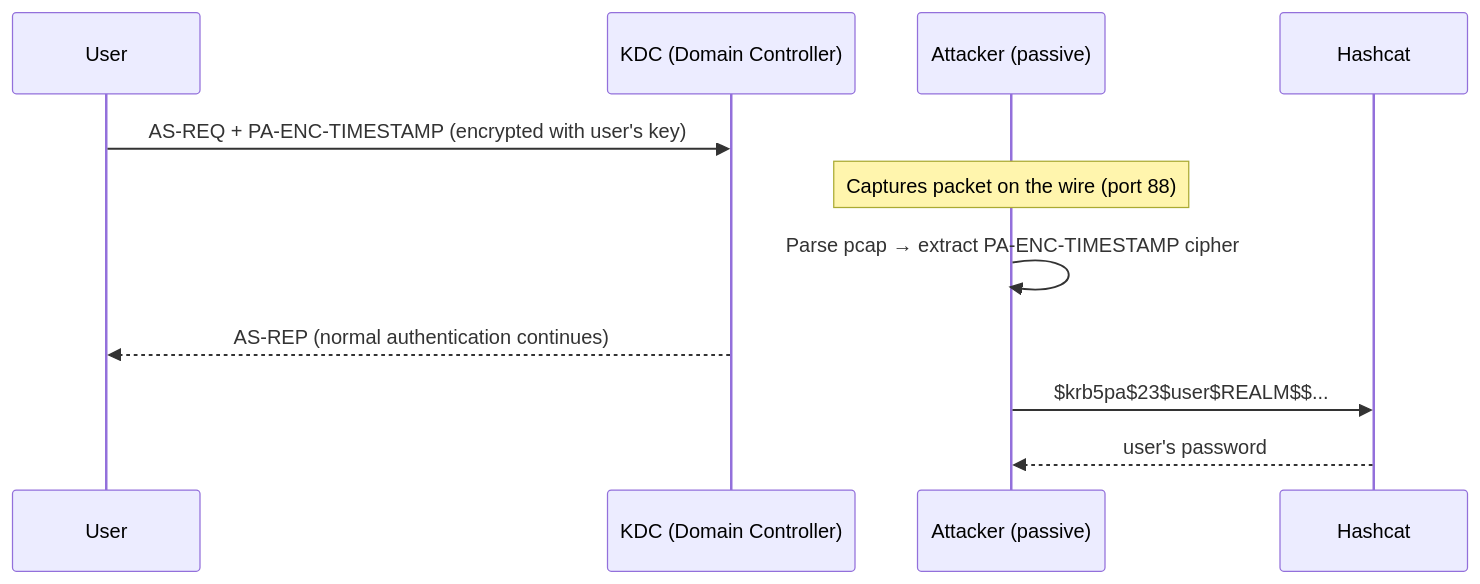
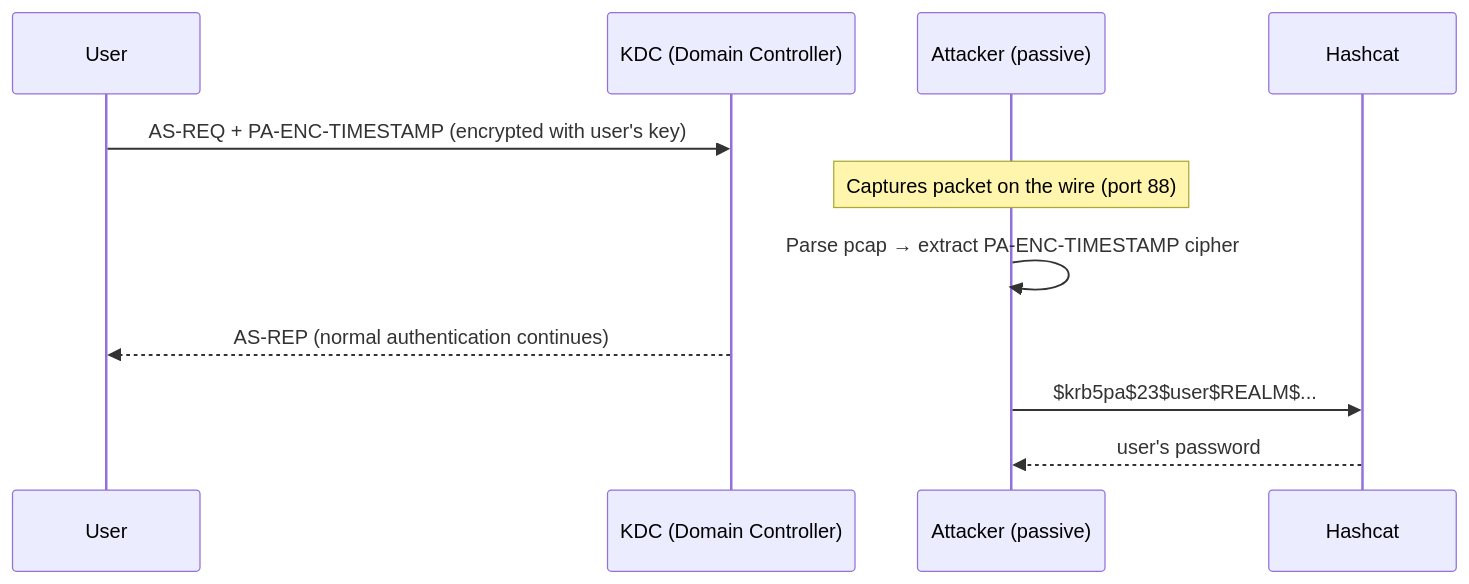
One commit to StrongWind1/KerbWolf changed the third of 4 diagrams in docs/guide/attacks.md. Above: the diagram before and after it, drawn with Mermaid. The commit also changed other lines of this file and 7 other files, not shown here.

````diff
--- a/docs/guide/attacks.md
+++ b/docs/guide/attacks.md
@@ -85,17 +85,17 @@
 ```mermaid
 sequenceDiagram
     participant User
     participant KDC as KDC (Domain Controller)
     participant Attacker as Attacker (passive)
     participant Hashcat
 
     User->>KDC: AS-REQ + PA-ENC-TIMESTAMP (encrypted with user's key)
 
     Note over Attacker: Captures packet on the wire (port 88)
     Attacker->>Attacker: Parse pcap → extract PA-ENC-TIMESTAMP cipher
 
     KDC-->>User: AS-REP (normal authentication continues)
 
-    Attacker->>Hashcat: $krb5pa$23$user$REALM$$...
+    Attacker->>Hashcat: $krb5pa$23$user$REALM$...
     Hashcat-->>Attacker: user's password
 ```
````
